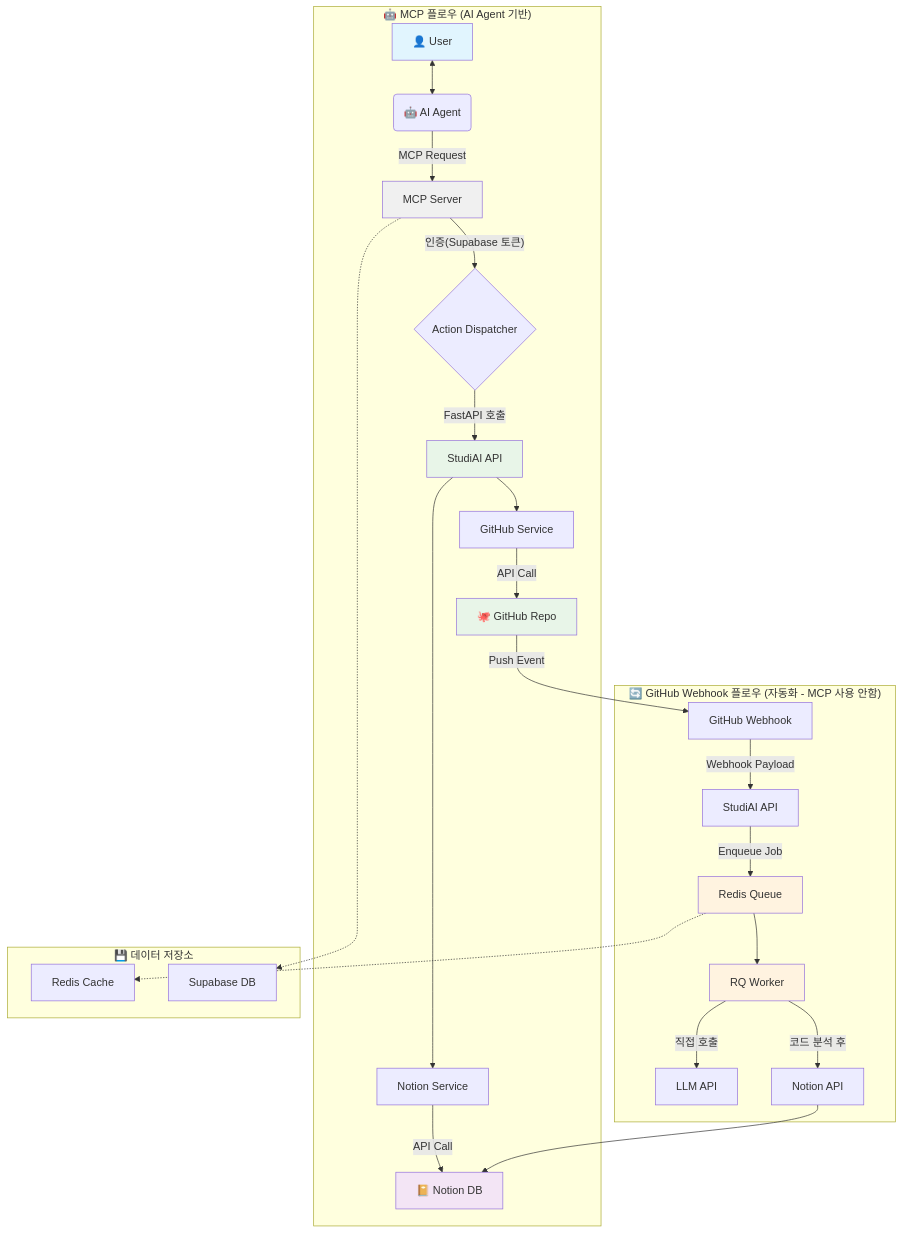
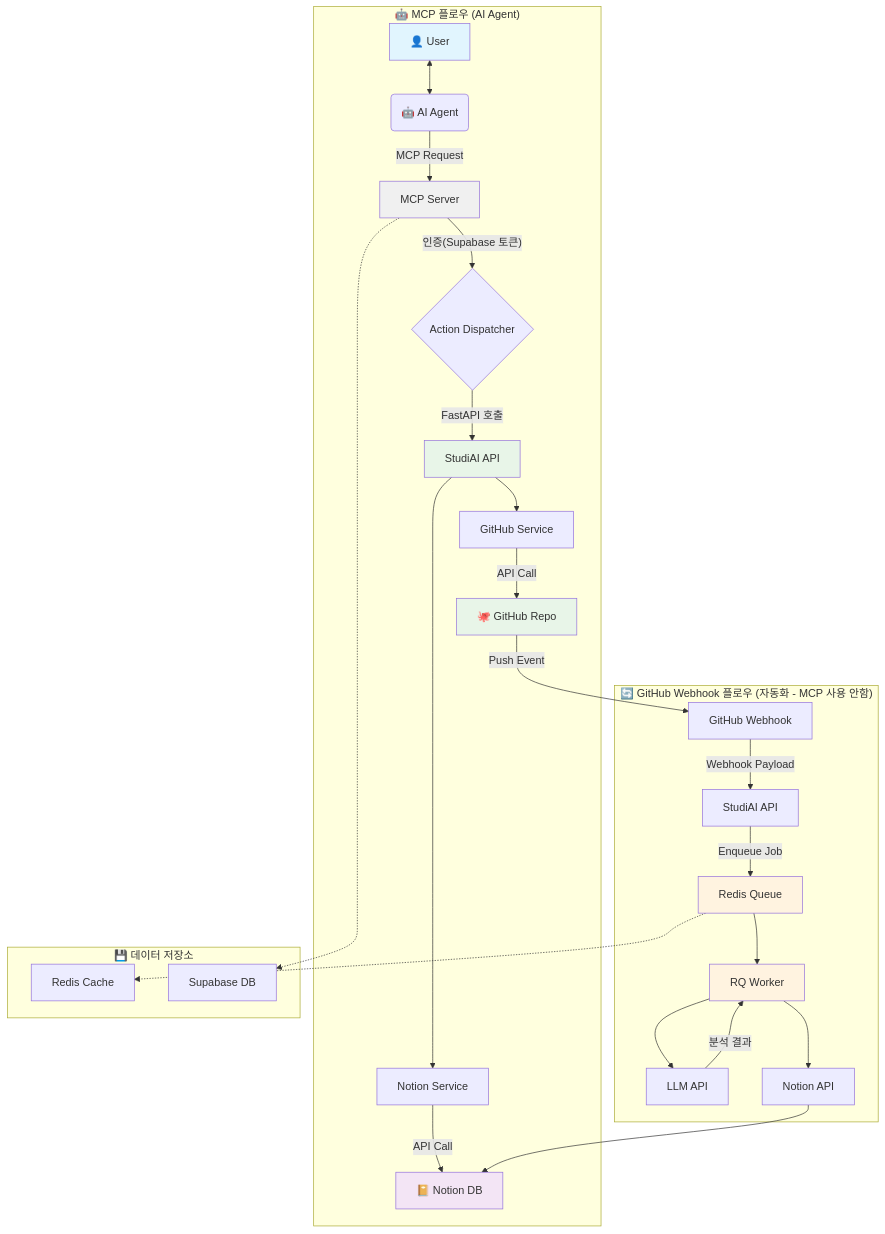
The diagram in README.md (junyeobee/StudiAI), drawn with Mermaid before and after one commit. The commit also changed other lines of this file and 1 other file, not shown here.

````diff
--- a/README.md
+++ b/README.md
@@ -53,40 +53,41 @@
 ```mermaid
 graph TD
-    subgraph "🤖 MCP 플로우 (AI Agent 기반)"
+    subgraph "🤖 MCP 플로우 (AI Agent)"
         A[👤 User] <--> B(🤖 AI Agent)
         B -- "MCP Request" --> C[MCP Server]
         C -- "인증(Supabase 토큰)" --> D{Action Dispatcher}
         D -- "FastAPI 호출" --> E[StudiAI API]
         E --> F[Notion Service]
         E --> G[GitHub Service]
         F -- "API Call" --> H[📔 Notion DB]
         G -- "API Call" --> I[🐙 GitHub Repo]
     end
 
     subgraph "🔄 GitHub Webhook 플로우 (자동화 - MCP 사용 안함)"
         I -- "Push Event" --> J[GitHub Webhook]
         J -- "Webhook Payload" --> K[StudiAI API]
         K -- "Enqueue Job" --> L[Redis Queue]
         L --> M[RQ Worker]
-        M -- "직접 호출" --> N[LLM API]
-        M -- "코드 분석 후" --> O[Notion API]
+        M --> N[LLM API]
+        N -- "분석 결과" --> M
+        M --> O[Notion API]
         O --> H
     end
 
     subgraph "💾 데이터 저장소"
         H[📔 Notion DB]
         I[🐙 GitHub Repo]
         P[Redis Cache]
         Q[Supabase DB]
     end
 
     C -.-> Q
     L -.-> P
     style A fill:#e1f5fe
     style H fill:#f3e5f5
     style I fill:#e8f5e8
     style L fill:#fff3e0
     style M fill:#fff3e0
     style C fill:#f0f0f0
     style E fill:#e8f5e8
 ```
````
